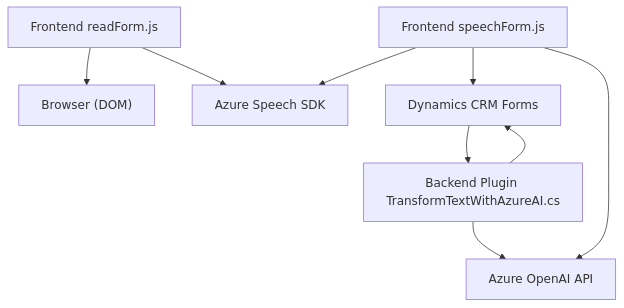
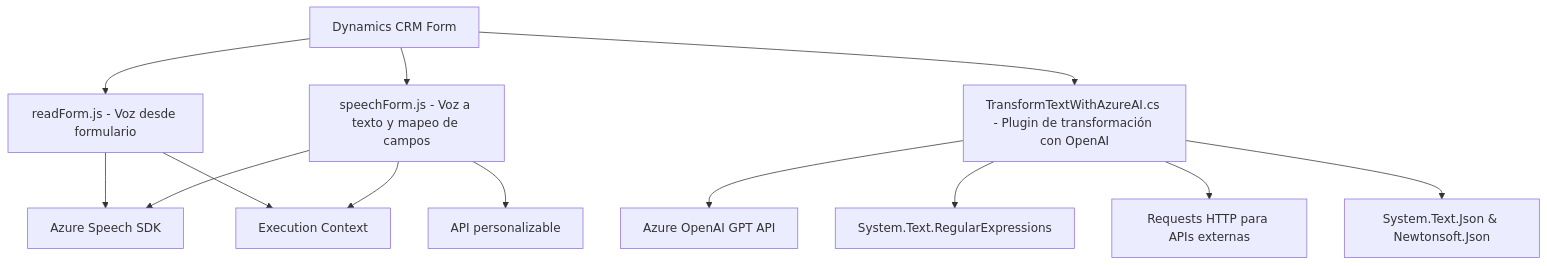
Before and after one commit to blopezdm/NETCORE_BILBAO2025: the diagram in README.md, drawn with Mermaid. The commit also changed other lines of this file, not shown here.

Commit message:
Actualizar análisis global de la solución con IA

````diff
--- a/README.md
+++ b/README.md
@@ -48,19 +46,15 @@
 ```mermaid
 graph TD
-    A["Frontend readForm.js"]
-    B["Frontend speechForm.js"]
-    C["Backend Plugin TransformTextWithAzureAI.cs"]
-    D["Azure Speech SDK"]
-    E["Azure OpenAI API"]
-    F["Dynamics CRM Forms"]
-    G["Browser (DOM)"]
-
-    A --> G
-    A --> D
-    B --> D
-    B --> F
-    B --> E
-    C --> F
-    C --> E
-    F --> C
+    DynamicsCRM["Dynamics CRM Form"] --> JS_readForm["readForm.js - Voz desde formulario"]
+    DynamicsCRM --> JS_speechForm["speechForm.js - Voz a texto y mapeo de campos"]
+    DynamicsCRM --> Plugin_CS["TransformTextWithAzureAI.cs - Plugin de transformación con OpenAI"]
+    JS_readForm --> SpeechSDK["Azure Speech SDK"]
+    JS_speechForm --> SpeechSDK
+    JS_speechForm --> CustomAPI["API personalizable"]
+    Plugin_CS --> OpenAI["Azure OpenAI GPT API"]
+    JS_readForm --> ExecutionContext["Execution Context"]
+    JS_speechForm --> ExecutionContext
+    Plugin_CS --> RegularExpressions["System.Text.RegularExpressions"]
+    Plugin_CS --> HttpClient["Requests HTTP para APIs externas"]
+    Plugin_CS --> JsonHandler["System.Text.Json & Newtonsoft.Json"]
 ```
````
